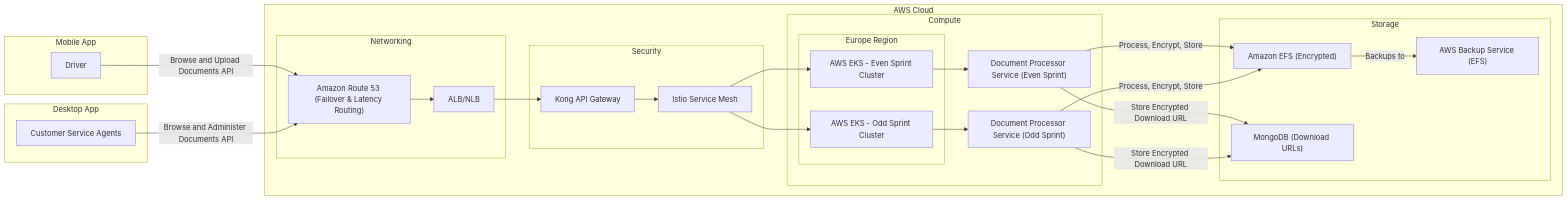
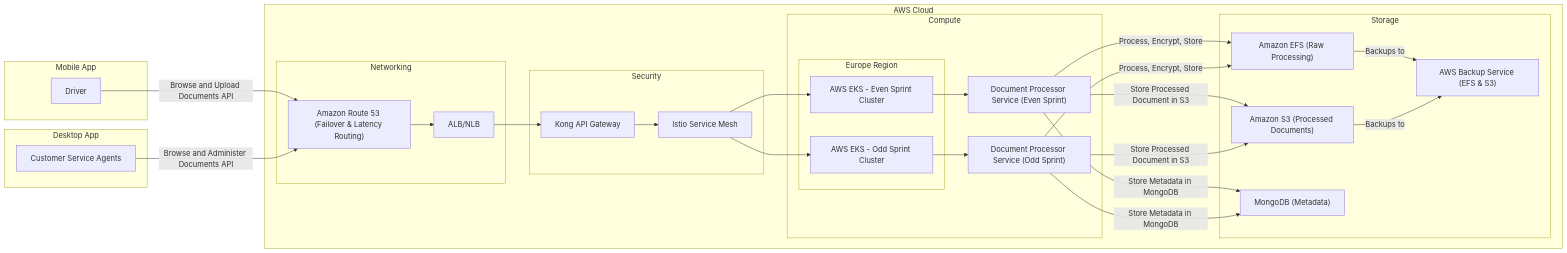
Before and after one commit to FedericoDelSaz/sre-test: the second of 2 diagrams in NewArchitecture.md, drawn with Mermaid. The commit also changed other lines of this file, not shown here.

Commit message:
fix diagrams

````diff
--- a/NewArchitecture.md
+++ b/NewArchitecture.md
@@ -63,45 +65,47 @@
 ```mermaid
 graph LR
   subgraph "Mobile App"
     Drivers["Driver"]
   end
   subgraph "Desktop App"
     Agents["Customer Service Agents"]
   end
   subgraph "AWS Cloud"
     subgraph "Networking"
       Route53["Amazon Route 53 (Failover & Latency Routing)"]
       ALB["ALB/NLB"]
     end
     subgraph "Security"
       Kong["Kong API Gateway"]
       Istio["Istio Service Mesh"]
     end
     subgraph "Compute"
       subgraph "Europe Region"
         EKS1["AWS EKS - Even Sprint Cluster"]
         EKS2["AWS EKS - Odd Sprint Cluster"]
       end
       DocService1["Document Processor Service (Even Sprint)"]
       DocService2["Document Processor Service (Odd Sprint)"]
     end
     subgraph "Storage"
-      EFS["Amazon EFS (Encrypted)"]
-      MongoDB["MongoDB (Download URLs)"]
-      AWSBackup["AWS Backup Service (EFS)"]
+      EFS["Amazon EFS (Raw Processing)"]
+      S3["Amazon S3 (Processed Documents)"]
+      MongoDB["MongoDB (Metadata)"]
+      AWSBackup["AWS Backup Service (EFS & S3)"]
     end
   end
 
   Drivers-- "Browse and Upload Documents API" -->Route53
   Agents-- "Browse and Administer Documents API" -->Route53
   Route53 --> ALB
   ALB --> Kong
   Kong --> Istio
   Istio --> EKS1 & EKS2
   EKS1 --> DocService1
   EKS2 --> DocService2
   DocService1 & DocService2-- "Process, Encrypt, Store" --> EFS
-  DocService1 & DocService2-- "Store Encrypted Download URL" --> MongoDB
+  DocService1 & DocService2-- "Store Processed Document in S3" --> S3
+  DocService1 & DocService2-- "Store Metadata in MongoDB" --> MongoDB
   EFS-- "Backups to" --> AWSBackup
-
+  S3-- "Backups to" --> AWSBackup
 ```
````
